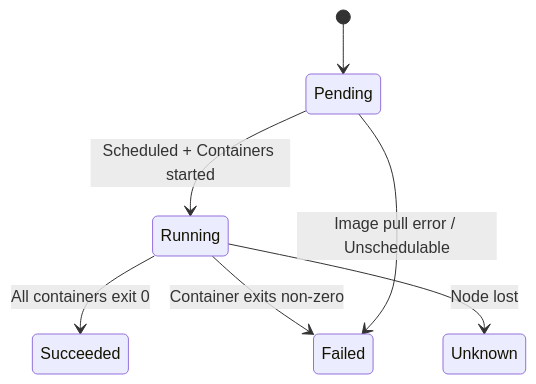
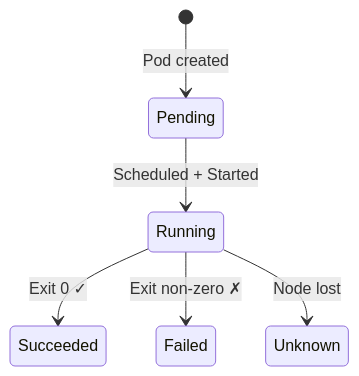
One commit to sanjaiAI/learning changed the diagram in kubernetes/module_02_pod_lifecycle_workloads.md. Above: the diagram before and after it, drawn with Mermaid. The commit also changed other lines of this file and 14 other files, not shown here.

````diff
--- a/kubernetes/module_02_pod_lifecycle_workloads.md
+++ b/kubernetes/module_02_pod_lifecycle_workloads.md
@@ -47,9 +19,8 @@
 ```mermaid
 stateDiagram-v2
-    [*] --> Pending
-    Pending --> Running: Scheduled + Containers started
-    Running --> Succeeded: All containers exit 0
-    Running --> Failed: Container exits non-zero
+    [*] --> Pending: Pod created
+    Pending --> Running: Scheduled + Started
+    Running --> Succeeded: Exit 0 ✓
+    Running --> Failed: Exit non-zero ✗
     Running --> Unknown: Node lost
-    Pending --> Failed: Image pull error / Unschedulable
 ```
````
